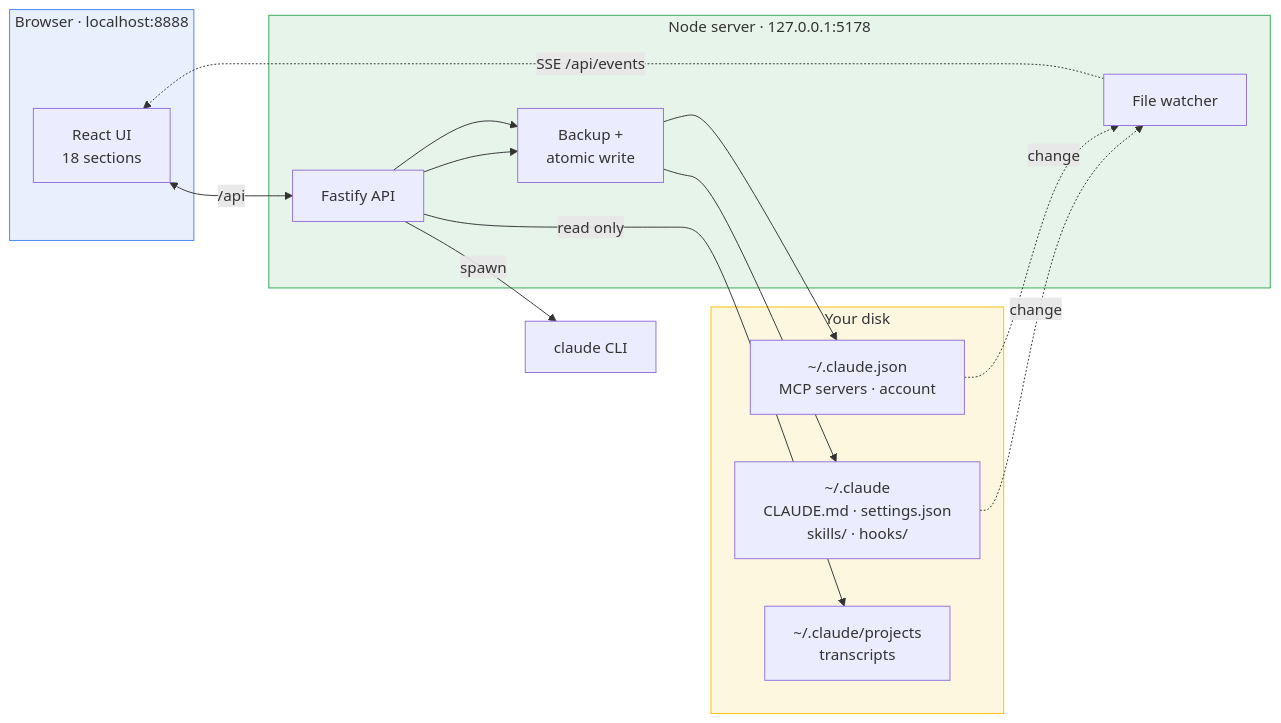
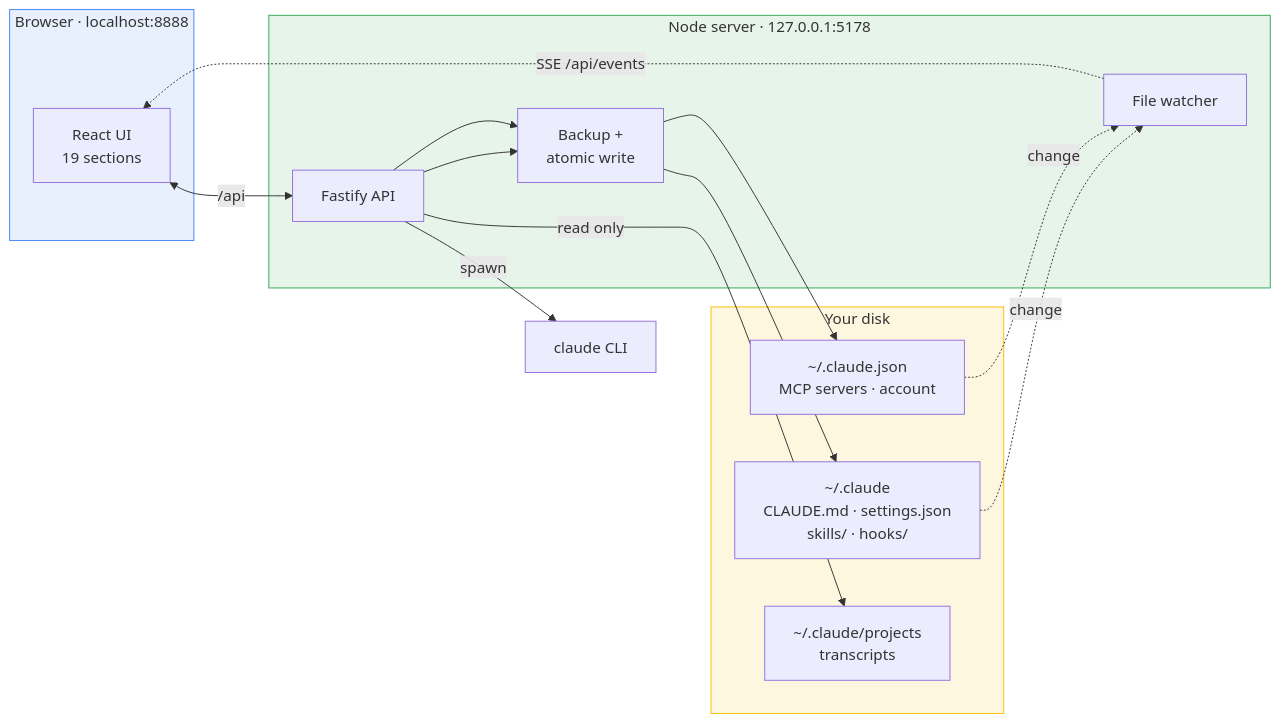
Before and after one commit to rusyander/claude-control: the first of 2 diagrams in README.md, drawn with Mermaid. The commit also changed other lines of this file and 245 other files, not shown here.

````diff
--- a/README.md
+++ b/README.md
@@ -99,33 +78,33 @@
 ```mermaid
 flowchart LR
     subgraph browser["Browser · localhost:8888"]
-        UI["React UI<br/>18 sections"]
+        UI["React UI<br/>19 sections"]
     end
 
     subgraph server["Node server · 127.0.0.1:5178"]
         API["Fastify API"]
         WATCH["File watcher"]
         SAFE["Backup +<br/>atomic write"]
     end
 
     subgraph disk["Your disk"]
         CFG["~/.claude<br/>CLAUDE.md · settings.json<br/>skills/ · hooks/"]
         MCP["~/.claude.json<br/>MCP servers · account"]
         TR["~/.claude/projects<br/>transcripts"]
     end
 
     CLI["claude CLI"]
 
     UI <-->|"/api"| API
     API --> SAFE --> CFG
     API --> SAFE --> MCP
     API -->|read only| TR
     API -->|spawn| CLI
     CFG -.->|change| WATCH
     MCP -.->|change| WATCH
     WATCH -.->|"SSE /api/events"| UI
 
     style browser fill:#e8f0fe,stroke:#4285f4
     style server fill:#e6f4ea,stroke:#34a853
     style disk fill:#fef7e0,stroke:#fbbc04
 ```
````
